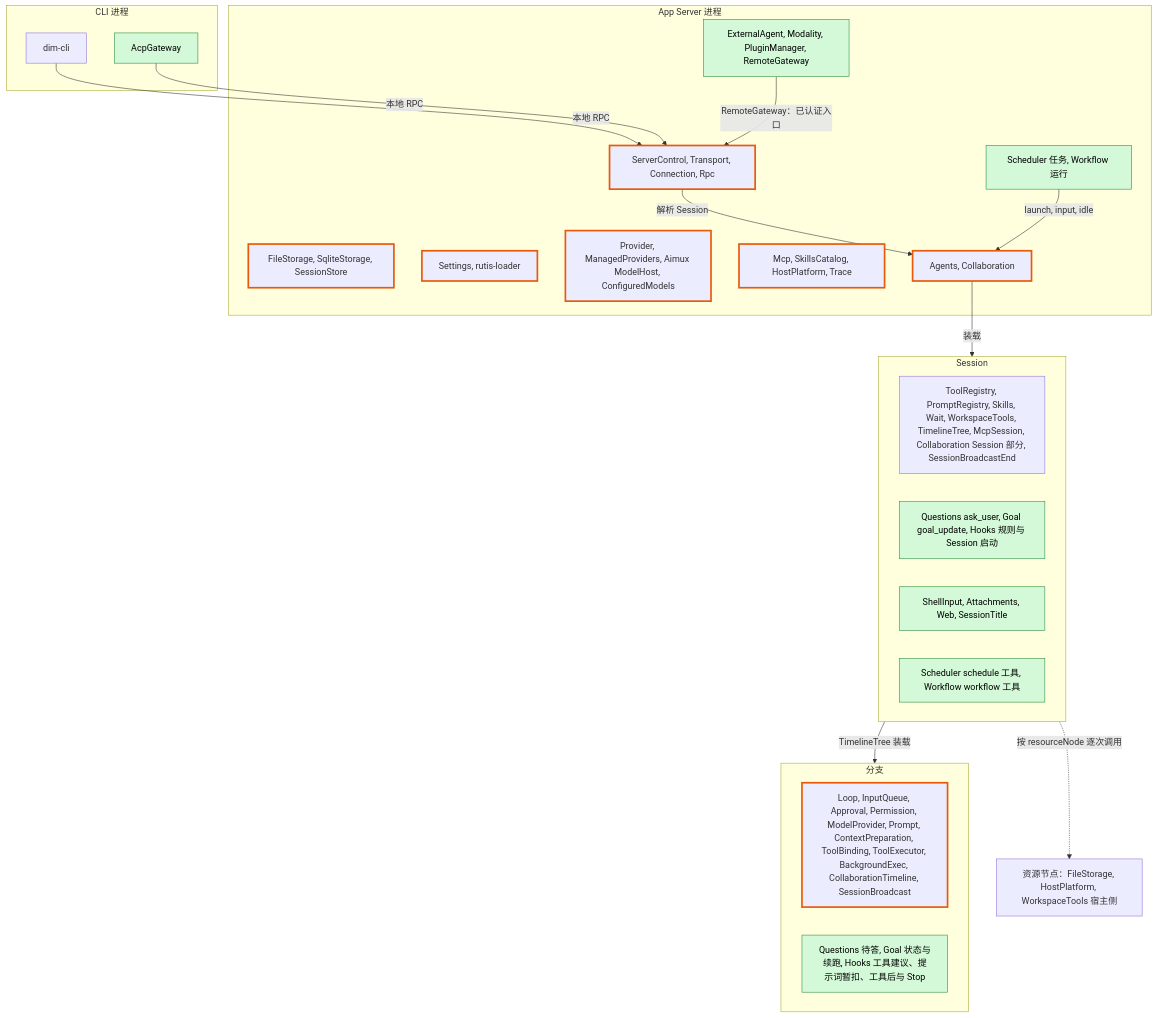
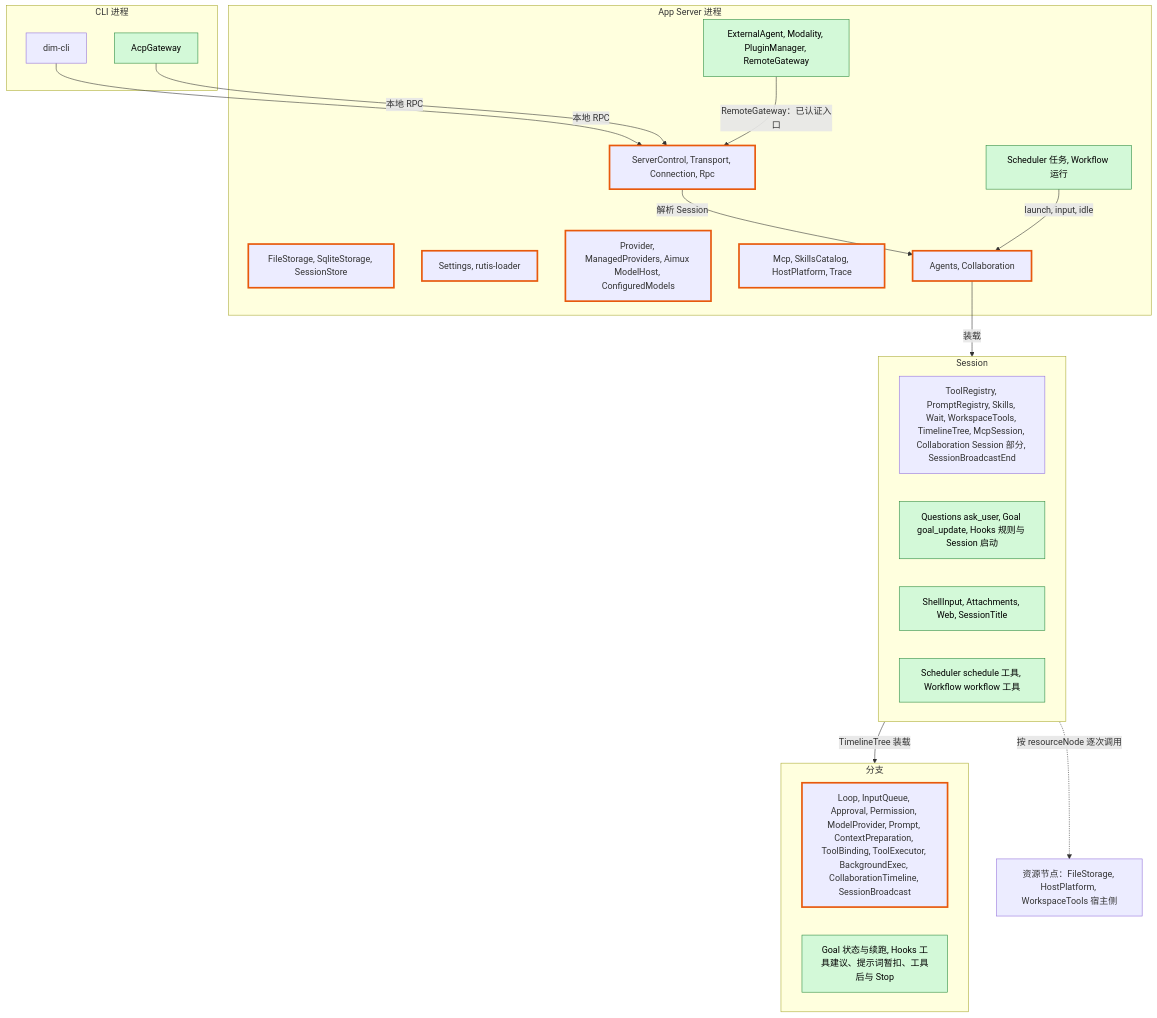
Before and after one commit to CoutinhoTTS/dim-agent: the first of 8 diagrams in docs/zh/design/overview.md, drawn with Mermaid. The commit also changed other lines of this file and 11 other files, not shown here.

````diff
--- a/docs/zh/design/overview.md
+++ b/docs/zh/design/overview.md
@@ -25,40 +25,40 @@
 ```mermaid
 flowchart TB
   classDef new fill:#d3f9d8,stroke:#2b8a3e,color:#000
   classDef changed stroke:#e8590c,stroke-width:3px
 
   subgraph CLIP["CLI 进程"]
     cli["dim-cli"]
     acp["AcpGateway"]:::new
   end
   subgraph PROC["App Server 进程"]
     entry["ServerControl, Transport, Connection, Rpc"]:::changed
     store["FileStorage, SqliteStorage, SessionStore"]:::changed
     cfg["Settings, rutis-loader"]:::changed
     models["Provider, ManagedProviders, Aimux ModelHost, ConfiguredModels"]:::changed
     cat["Mcp, SkillsCatalog, HostPlatform, Trace"]:::changed
     agents["Agents, Collaboration"]:::changed
     pnew["Scheduler 任务, Workflow 运行"]:::new
     pext["ExternalAgent, Modality, PluginManager, RemoteGateway"]:::new
   end
   subgraph SES["Session"]
     sexist["ToolRegistry, PromptRegistry, Skills, Wait, WorkspaceTools, TimelineTree, McpSession, Collaboration Session 部分, SessionBroadcastEnd"]
     snew1["Questions ask_user, Goal goal_update, Hooks 规则与 Session 启动"]:::new
     snew2["ShellInput, Attachments, Web, SessionTitle"]:::new
     snew3["Scheduler schedule 工具, Workflow workflow 工具"]:::new
   end
   subgraph BR["分支"]
     bexist["Loop, InputQueue, Approval, Permission, ModelProvider, Prompt, ContextPreparation, ToolBinding, ToolExecutor, BackgroundExec, CollaborationTimeline, SessionBroadcast"]:::changed
-    bnew["Questions 待答, Goal 状态与续跑, Hooks 工具建议、提示词暂扣、工具后与 Stop"]:::new
+    bnew["Goal 状态与续跑, Hooks 工具建议、提示词暂扣、工具后与 Stop"]:::new
   end
   rn["资源节点：FileStorage, HostPlatform, WorkspaceTools 宿主侧"]
 
   cli -->|"本地 RPC"| entry
   acp -->|"本地 RPC"| entry
   pext -->|"RemoteGateway：已认证入口"| entry
   entry -->|"解析 Session"| agents
   agents -->|"装载"| SES
   SES -->|"TimelineTree 装载"| BR
   pnew -->|"launch, input, idle"| agents
   SES -.->|"按 resourceNode 逐次调用"| rn
 ```
````
